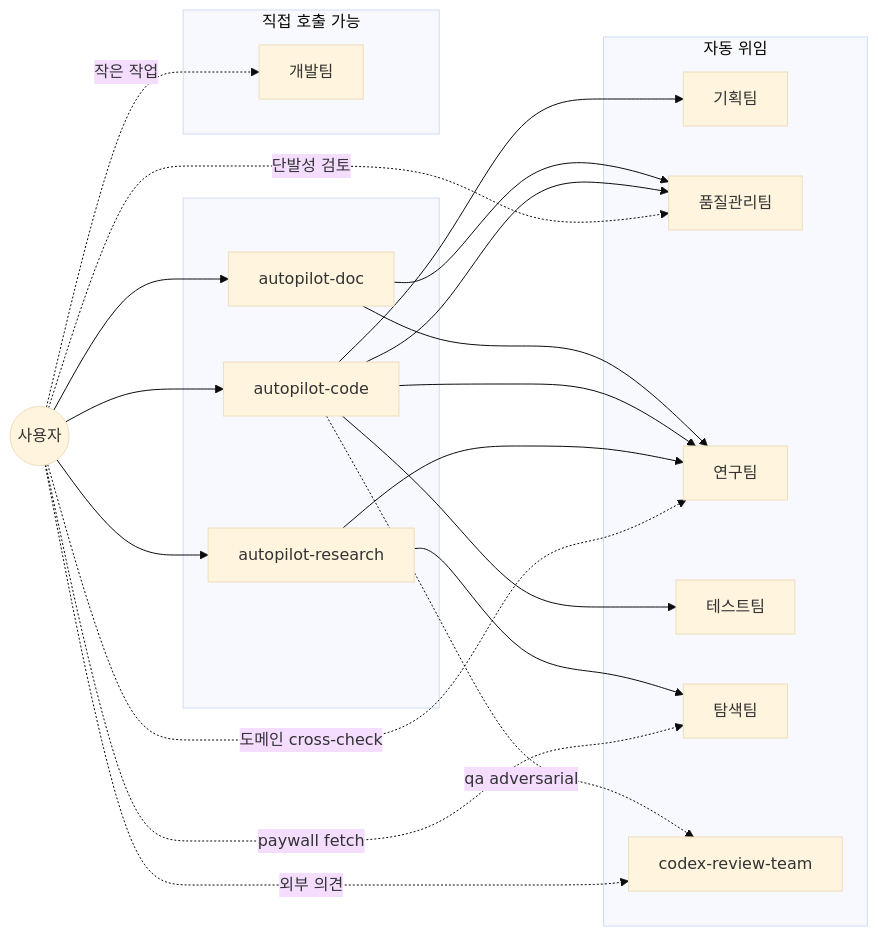
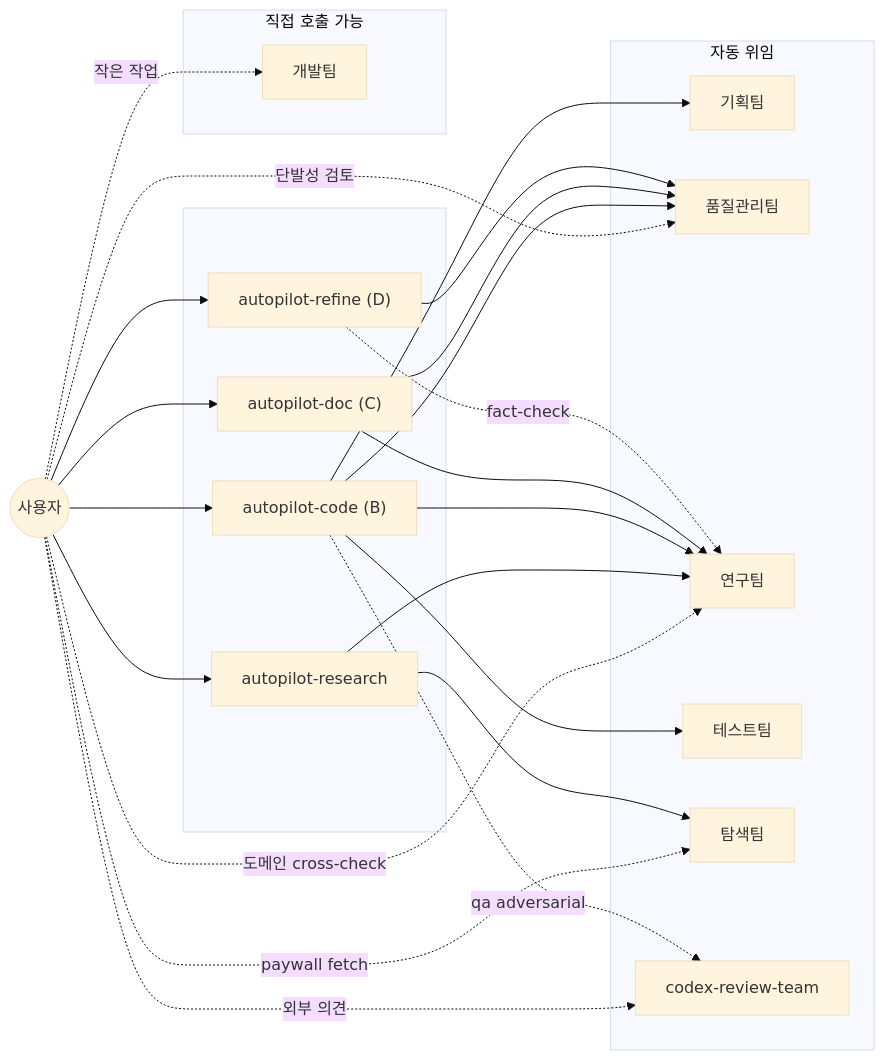
Before and after one commit to dmlguq456/agent_setting: the third of 3 diagrams in README.md, drawn with Mermaid (base theme). The commit also changed other lines of this file and 1 other file, not shown here.

First line of the commit message:
docs(README): promote autopilot-refine to category D + unify prompt/memo entry

````diff
--- a/README.md
+++ b/README.md
@@ -181,37 +197,41 @@
 ```mermaid
 flowchart LR
     USER(("사용자"))
     subgraph SKILLS[" "]
         ARES["autopilot-research"]
-        ACODE["autopilot-code"]
-        ADOC["autopilot-doc"]
+        ACODE["autopilot-code (B)"]
+        ADOC["autopilot-doc (C)"]
+        AREF["autopilot-refine (D)"]
     end
     subgraph AUTO["자동 위임"]
         PT["기획팀"]
         QT["품질관리팀"]
         RT["연구팀"]
         TT["테스트팀"]
         BT["탐색팀"]
         CRT["codex-review-team"]
     end
     subgraph DIRECT["직접 호출 가능"]
         DT["개발팀"]
     end
     USER --> ARES
     USER --> ACODE
     USER --> ADOC
+    USER --> AREF
     USER -. 작은 작업 .-> DT
     USER -. 단발성 검토 .-> QT
     USER -. 도메인 cross-check .-> RT
     USER -. 외부 의견 .-> CRT
     USER -. paywall fetch .-> BT
     ARES --> RT
     ARES --> BT
     ACODE --> PT
     ACODE --> QT
     ACODE --> RT
     ACODE --> TT
     ACODE -. qa adversarial .-> CRT
     ADOC --> RT
     ADOC --> QT
+    AREF --> QT
+    AREF -. fact-check .-> RT
 ```
````
